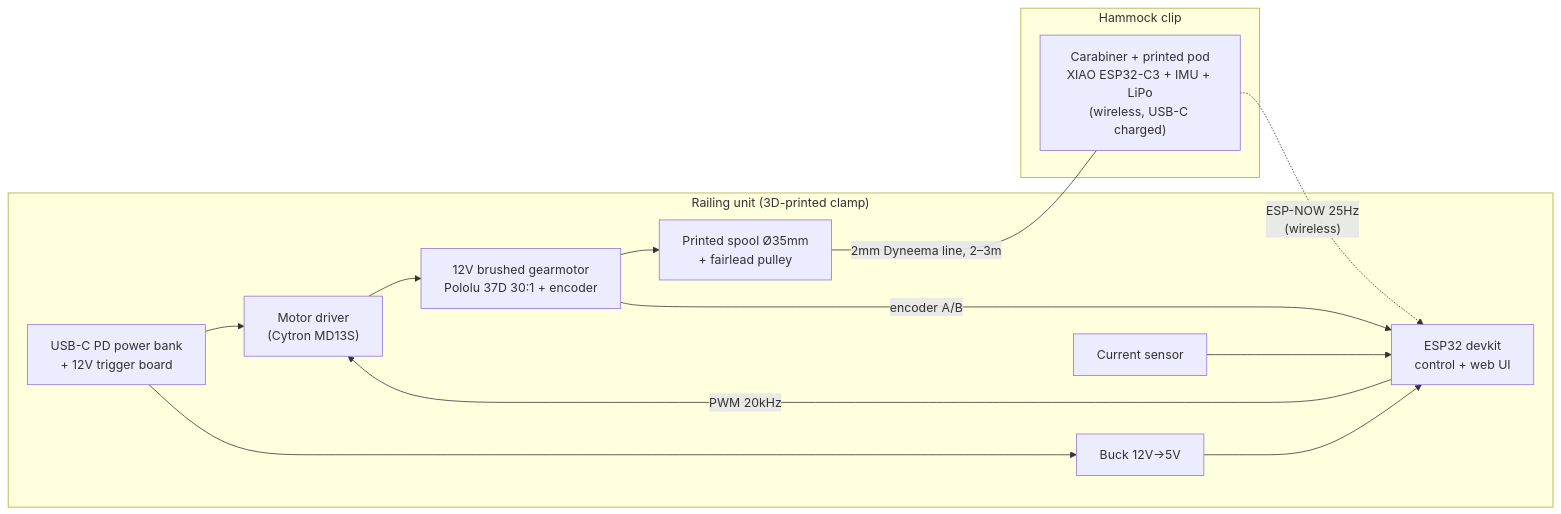
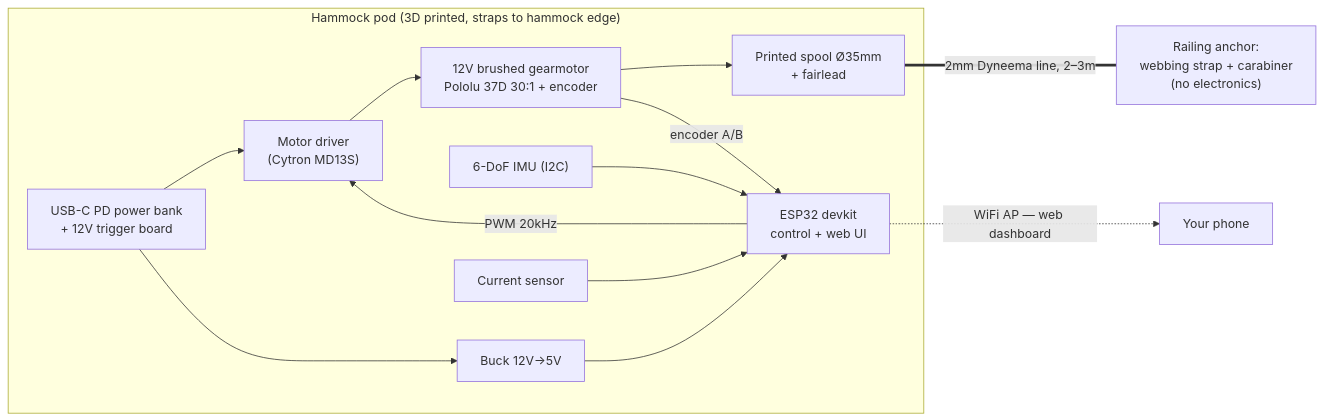
One commit to GeorgeSheppard/HammockPro changed the diagram in docs/README.md. Above: the diagram before and after it, drawn with Mermaid. The commit also changed other lines of this file and 9 other files, not shown here.

First line of the commit message:
Rework architecture: single hammock-mounted pod with passive anchor

````diff
--- a/docs/README.md
+++ b/docs/README.md
@@ -25,17 +29,15 @@
 ```mermaid
 flowchart LR
-    subgraph RAIL["Railing unit (3D-printed clamp)"]
+    subgraph POD["Hammock pod (3D printed, straps to hammock edge)"]
         BATT["USB-C PD power bank<br/>+ 12V trigger board"] --> DRV["Motor driver<br/>(Cytron MD13S)"]
         BATT --> BUCK["Buck 12V→5V"] --> ESP["ESP32 devkit<br/>control + web UI"]
+        IMU["6-DoF IMU (I2C)"] --> ESP
         ESP -->|PWM 20kHz| DRV
         DRV --> MOT["12V brushed gearmotor<br/>Pololu 37D 30:1 + encoder"]
-        MOT --> SPOOL["Printed spool Ø35mm<br/>+ fairlead pulley"]
+        MOT --> SPOOL["Printed spool Ø35mm<br/>+ fairlead"]
         MOT -->|encoder A/B| ESP
         CUR["Current sensor"] --> ESP
     end
-    SPOOL ---|"2mm Dyneema line, 2–3m"| CLIP
-    subgraph HAM["Hammock clip"]
-        CLIP["Carabiner + printed pod<br/>XIAO ESP32-C3 + IMU + LiPo<br/>(wireless, USB-C charged)"]
-    end
-    CLIP -.->|"ESP-NOW 25Hz<br/>(wireless)"| ESP
+    SPOOL ===|"2mm Dyneema line, 2–3m"| ANCHOR["Railing anchor:<br/>webbing strap + carabiner<br/>(no electronics)"]
+    ESP -.->|"WiFi AP — web dashboard"| PHONE["Your phone"]
 ```
````
